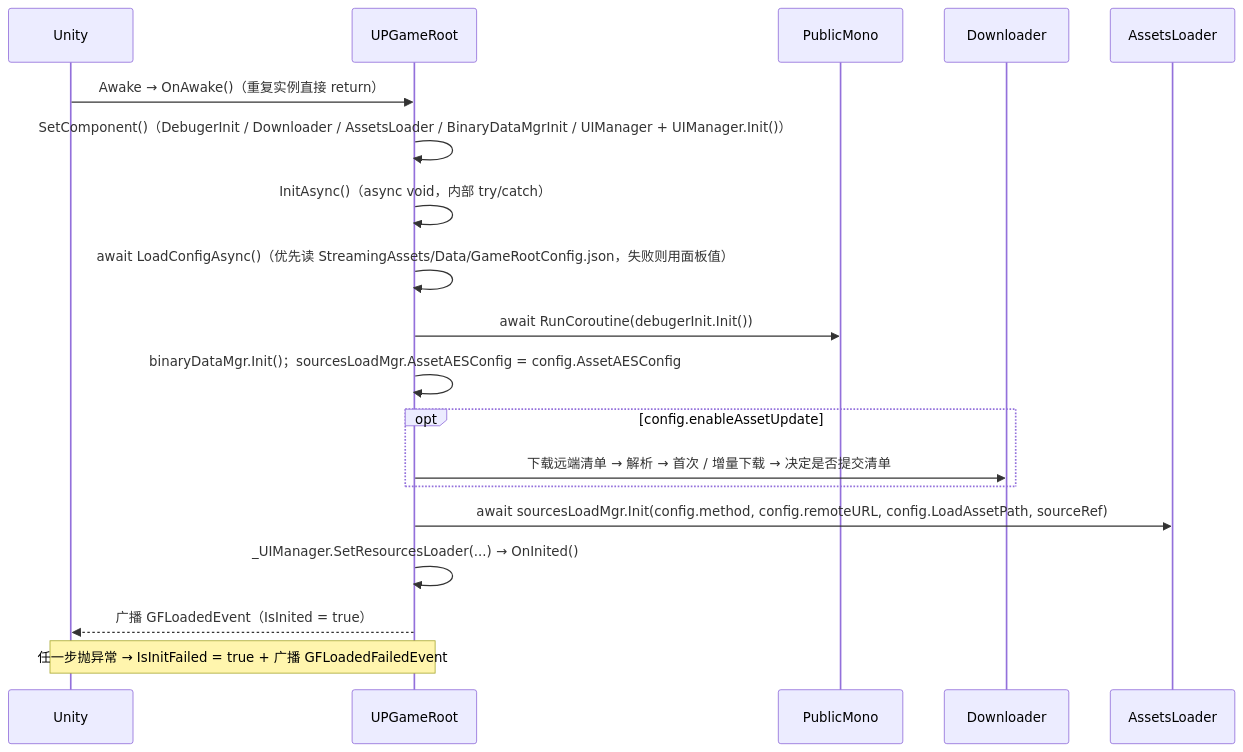
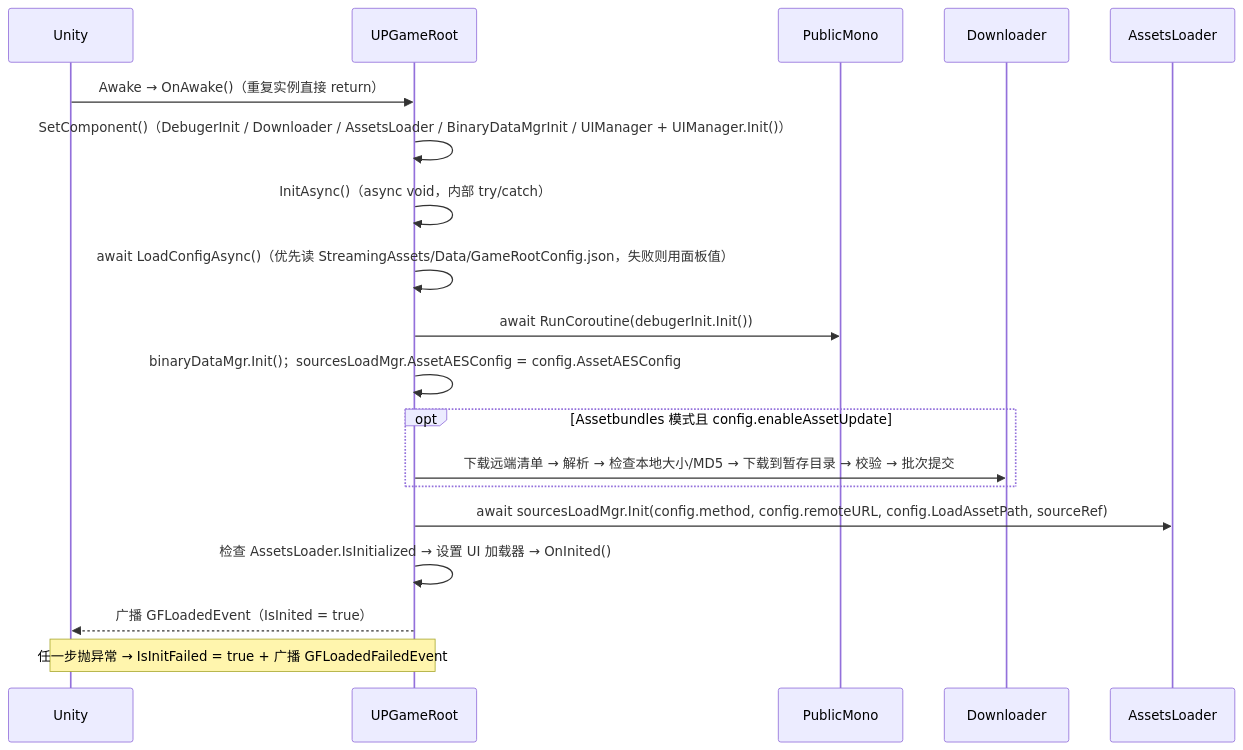
One commit to HJX-GitUser/UPandaFramework changed the first of 3 diagrams in Runtime/Manager/GameRoot/README.md. Above: the diagram before and after it, drawn with Mermaid. The commit also changed other lines of this file and 111 other files, not shown here.

````diff
--- a/Runtime/Manager/GameRoot/README.md
+++ b/Runtime/Manager/GameRoot/README.md
@@ -17,22 +17,22 @@
 ```mermaid
 sequenceDiagram
     participant U as Unity
     participant R as UPGameRoot
     participant P as PublicMono
     participant D as Downloader
     participant A as AssetsLoader
 
     U->>R: Awake → OnAwake()（重复实例直接 return）
     R->>R: SetComponent()（DebugerInit / Downloader / AssetsLoader / BinaryDataMgrInit / UIManager + UIManager.Init()）
     R->>R: InitAsync()（async void，内部 try/catch）
     R->>R: await LoadConfigAsync()（优先读 StreamingAssets/Data/GameRootConfig.json，失败则用面板值）
     R->>P: await RunCoroutine(debugerInit.Init())
     R->>R: binaryDataMgr.Init()；sourcesLoadMgr.AssetAESConfig = config.AssetAESConfig
-    opt config.enableAssetUpdate
-        R->>D: 下载远端清单 → 解析 → 首次 / 增量下载 → 决定是否提交清单
+    opt Assetbundles 模式且 config.enableAssetUpdate
+        R->>D: 下载远端清单 → 解析 → 检查本地大小/MD5 → 下载到暂存目录 → 校验 → 批次提交
     end
     R->>A: await sourcesLoadMgr.Init(config.method, config.remoteURL, config.LoadAssetPath, sourceRef)
-    R->>R: _UIManager.SetResourcesLoader(...) → OnInited()
+    R->>R: 检查 AssetsLoader.IsInitialized → 设置 UI 加载器 → OnInited()
     R-->>U: 广播 GFLoadedEvent（IsInited = true）
     Note over R,U: 任一步抛异常 → IsInitFailed = true + 广播 GFLoadedFailedEvent
 ```
````
